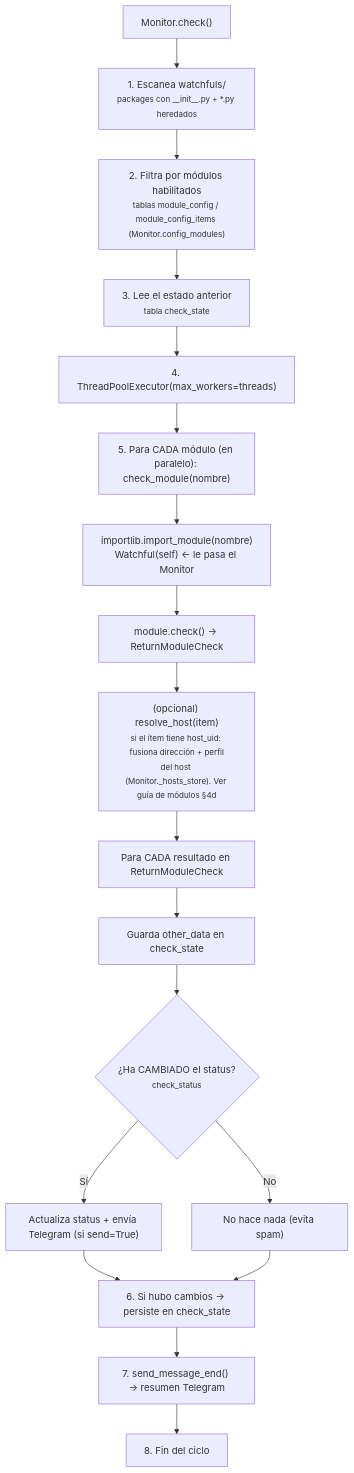
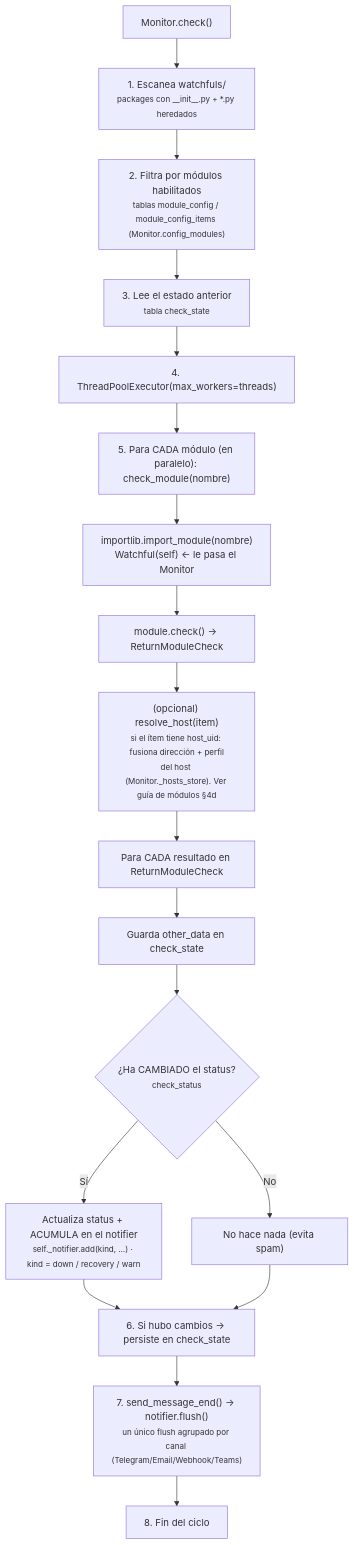
Before and after one commit to vsc55/ServiceSentry: the third of 6 diagrams in docs/architecture.md, drawn with Mermaid. The commit also changed other lines of this file and 276 other files, not shown here.

````diff
--- a/docs/architecture.md
+++ b/docs/architecture.md
@@ -321,25 +356,25 @@
 ```mermaid
 flowchart TD
     start["Monitor.check()"]
     scan["1. Escanea watchfuls/<br/><small>packages con __init__.py + *.py heredados</small>"]
     filter["2. Filtra por módulos habilitados<br/><small>tablas module_config / module_config_items (Monitor.config_modules)</small>"]
     prev["3. Lee el estado anterior<br/><small>tabla check_state</small>"]
     pool["4. ThreadPoolExecutor(max_workers=threads)"]
     start --> scan --> filter --> prev --> pool
 
     pool --> mod["5. Para CADA módulo (en paralelo): check_module(nombre)"]
     mod --> imp["importlib.import_module(nombre)<br/>Watchful(self) ← le pasa el Monitor"]
     imp --> chk["module.check() → ReturnModuleCheck"]
     chk --> host["(opcional) resolve_host(item)<br/><small>si el ítem tiene host_uid: fusiona dirección + perfil<br/>del host (Monitor._hosts_store). Ver guía de módulos §4d</small>"]
 
     host --> each["Para CADA resultado en ReturnModuleCheck"]
     each --> save["Guarda other_data en check_state"]
     save --> changed{"¿Ha CAMBIADO el status?<br/><small>check_status</small>"}
-    changed -->|Sí| upd["Actualiza status + envía Telegram (si send=True)"]
+    changed -->|Sí| upd["Actualiza status + ACUMULA en el notifier<br/><small>self._notifier.add(kind, …) · kind = down / recovery / warn</small>"]
     changed -->|No| noop["No hace nada (evita spam)"]
 
     upd --> persist["6. Si hubo cambios → persiste en check_state"]
     noop --> persist
-    persist --> summary["7. send_message_end() → resumen Telegram"]
+    persist --> summary["7. send_message_end() → notifier.flush()<br/><small>un único flush agrupado por canal (Telegram/Email/Webhook/Teams)</small>"]
     summary --> done["8. Fin del ciclo"]
 ```
````
